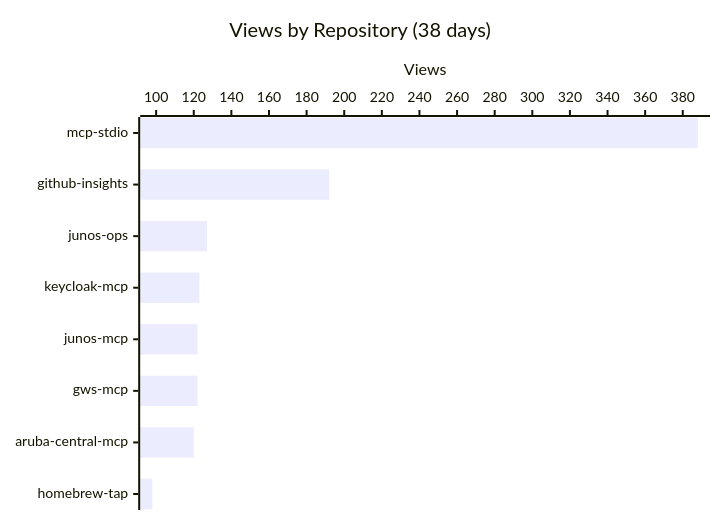
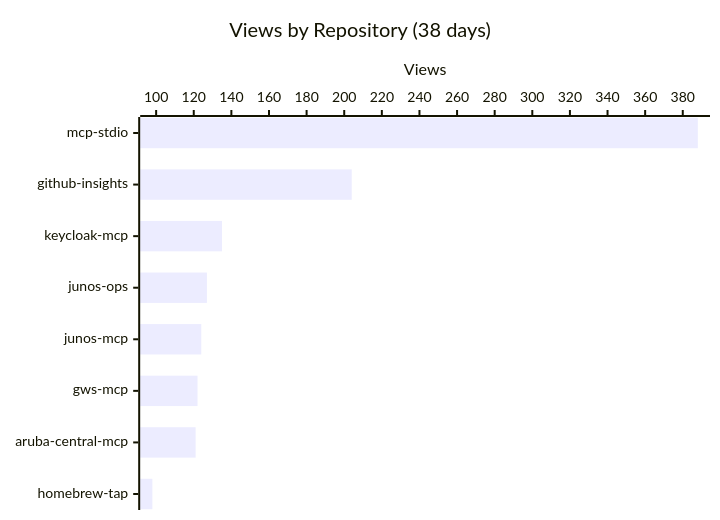
The first of 3 diagrams in README.md (shigechika/github-insights), drawn with Mermaid before and after one commit. The commit also changed other lines of this file and 1 other file, not shown here.

````diff
--- a/README.md
+++ b/README.md
@@ -16,7 +16,7 @@
 ```mermaid
 xychart-beta horizontal
     title "Views by Repository (38 days)"
-    x-axis ["mcp-stdio", "github-insights", "junos-ops", "keycloak-mcp", "junos-mcp", "gws-mcp", "aruba-central-mcp", "homebrew-tap"]
+    x-axis ["mcp-stdio", "github-insights", "keycloak-mcp", "junos-ops", "junos-mcp", "gws-mcp", "aruba-central-mcp", "homebrew-tap"]
     y-axis "Views"
-    bar [388, 192, 127, 123, 122, 122, 120, 98]
+    bar [388, 204, 135, 127, 124, 122, 121, 98]
 ```
````
